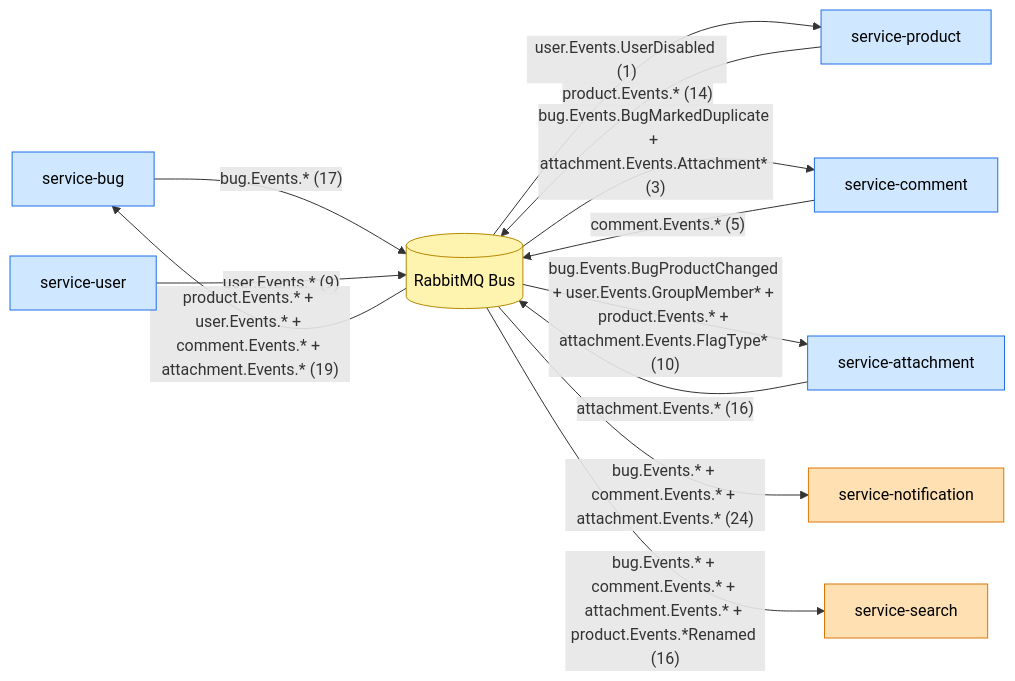
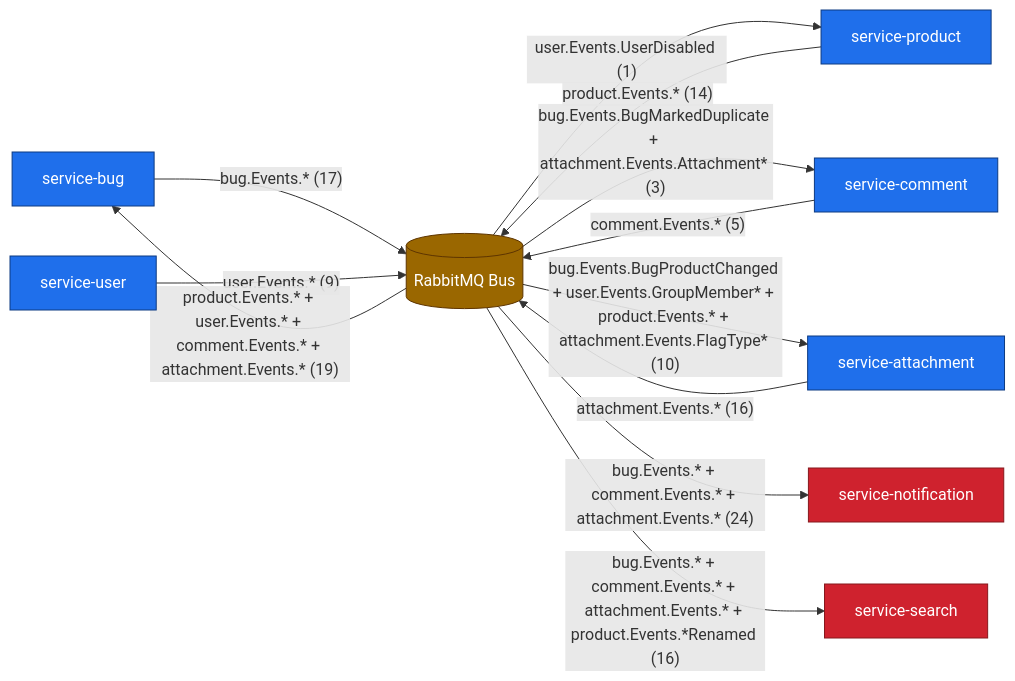
The first of 5 diagrams in integration-surface.md (josh289/discovery-docs-example), drawn with Mermaid before and after one commit. The commit also changed 5 other files, not shown here.

First line of the commit message:
events+styling: convert ASCII flows to Mermaid + dark-mode palette

````diff
--- a/integration-surface.md
+++ b/integration-surface.md
@@ -278,32 +278,32 @@
 ```mermaid
 flowchart LR
     bug["service-bug"]
     user["service-user"]
     product["service-product"]
     comment["service-comment"]
     attachment["service-attachment"]
     search["service-search"]
     notification["service-notification"]
     bus[("RabbitMQ Bus")]
 
     bug -->|"bug.Events.* (17)"| bus
     user -->|"user.Events.* (9)"| bus
     product -->|"product.Events.* (14)"| bus
     comment -->|"comment.Events.* (5)"| bus
     attachment -->|"attachment.Events.* (16)"| bus
 
     bus -->|"product.Events.* + user.Events.* + comment.Events.* + attachment.Events.* (19)"| bug
     bus -->|"user.Events.UserDisabled (1)"| product
     bus -->|"bug.Events.BugMarkedDuplicate + attachment.Events.Attachment* (3)"| comment
     bus -->|"bug.Events.BugProductChanged + user.Events.GroupMember* + product.Events.* + attachment.Events.FlagType* (10)"| attachment
     bus -->|"bug.Events.* + comment.Events.* + attachment.Events.* (24)"| notification
     bus -->|"bug.Events.* + comment.Events.* + attachment.Events.* + product.Events.*Renamed (16)"| search
 
-    classDef producer fill:#cfe8ff,stroke:#1f6feb,color:#000;
-    classDef terminal fill:#ffe0b3,stroke:#d97706,color:#000;
-    classDef leaf fill:#e6e6e6,stroke:#666,color:#000;
-    classDef busNode fill:#fff3b0,stroke:#b58900,color:#000;
+    classDef producer fill:#1f6feb,stroke:#0d3a82,color:#ffffff;
+    classDef terminal fill:#cf222e,stroke:#86181d,color:#ffffff;
+    classDef leaf fill:#57606a,stroke:#3a4148,color:#ffffff;
+    classDef busNode fill:#9a6700,stroke:#5e3500,color:#ffffff;
     class bug,user,product,comment,attachment producer;
     class notification,search terminal;
     class bus busNode;
 ```
````
